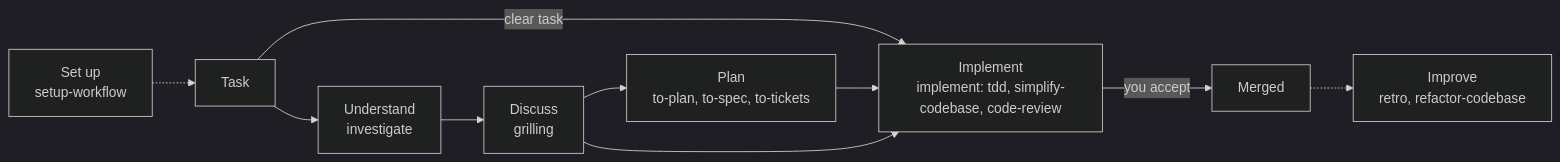
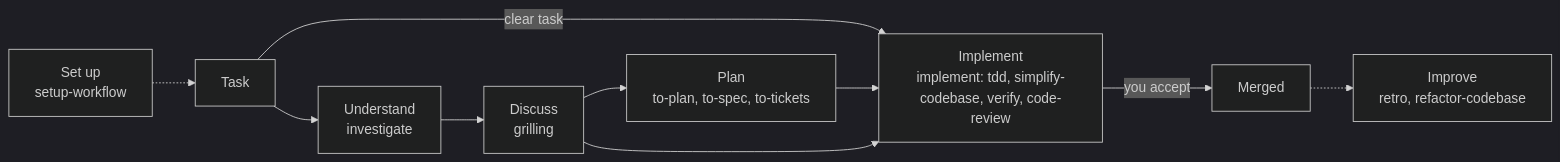
One commit to FOZERY/agent-workflow changed the diagram in README.md. Above: the diagram before and after it, drawn with Mermaid (dark theme). The commit also changed other lines of this file and 15 other files, not shown here.

````diff
--- a/README.md
+++ b/README.md
@@ -28,12 +28,12 @@
 ```mermaid
 flowchart LR
     Setup["Set up<br/>setup-workflow"] -.-> Task[Task]
     Task --> Understand["Understand<br/>investigate"]
     Understand --> Discuss["Discuss<br/>grilling"]
     Task -->|clear task| Build
     Discuss --> Plan["Plan<br/>to-plan, to-spec, to-tickets"]
-    Plan --> Build["Implement<br/>implement: tdd, simplify-codebase, code-review"]
+    Plan --> Build["Implement<br/>implement: tdd, simplify-codebase, verify, code-review"]
     Discuss --> Build
     Build -->|you accept| Done[Merged]
     Done -.-> Improve["Improve<br/>retro, refactor-codebase"]
 ```
````
